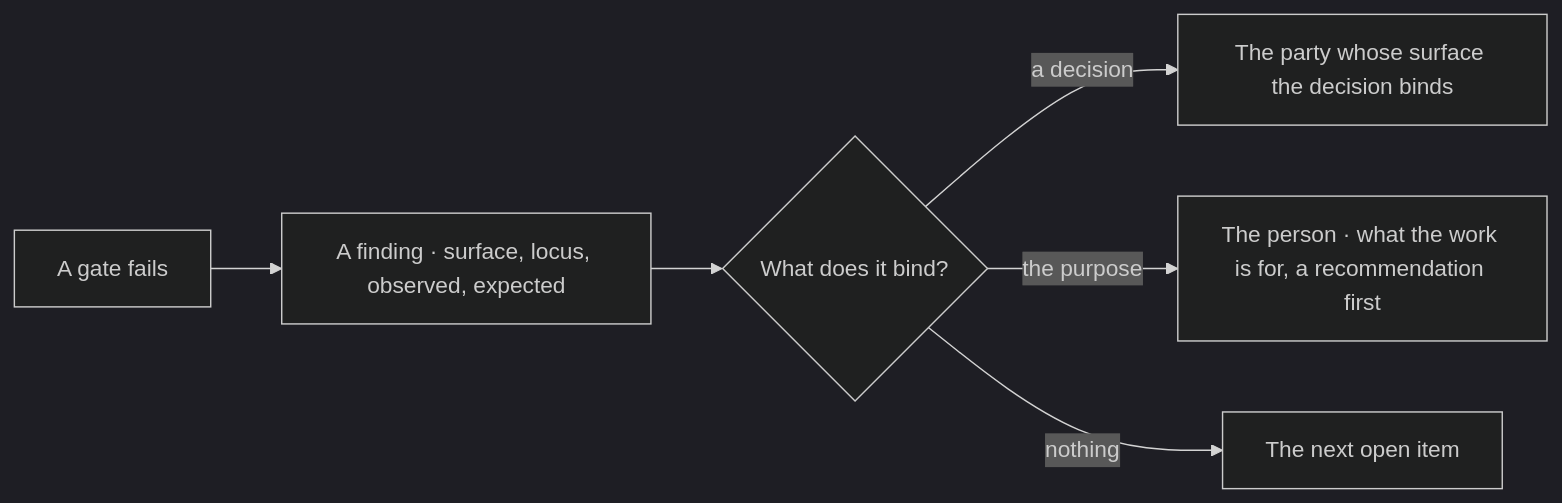
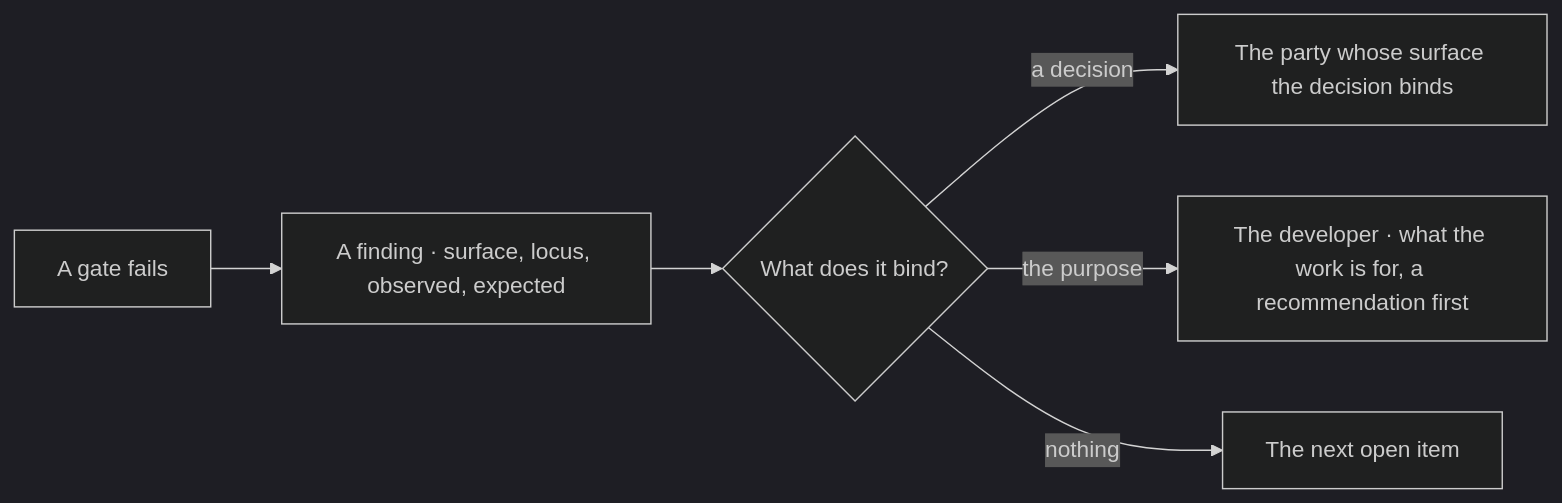
One commit to Varietyz/Disciplined-AI-Software-Development changed the ninth of 10 diagrams in pag/ORCHESTRATION.md. Above: the diagram before and after it, drawn with Mermaid (dark theme). The commit also changed other lines of this file and 25 other files, not shown here.

````diff
--- a/pag/ORCHESTRATION.md
+++ b/pag/ORCHESTRATION.md
@@ -560,13 +570,13 @@
 ```mermaid
 flowchart LR
 fails["A gate fails"]
 finding["A finding · surface, locus, observed, expected"]
 binds{"What does it bind?"}
 owner["The party whose surface the decision binds"]
-person["The person · what the work is for, a recommendation first"]
+person["The developer · what the work is for, a recommendation first"]
 next["The next open item"]
 fails --> finding --> binds
 binds -- a decision --> owner
 binds -- the purpose --> person
 binds -- nothing --> next
 ```
````
